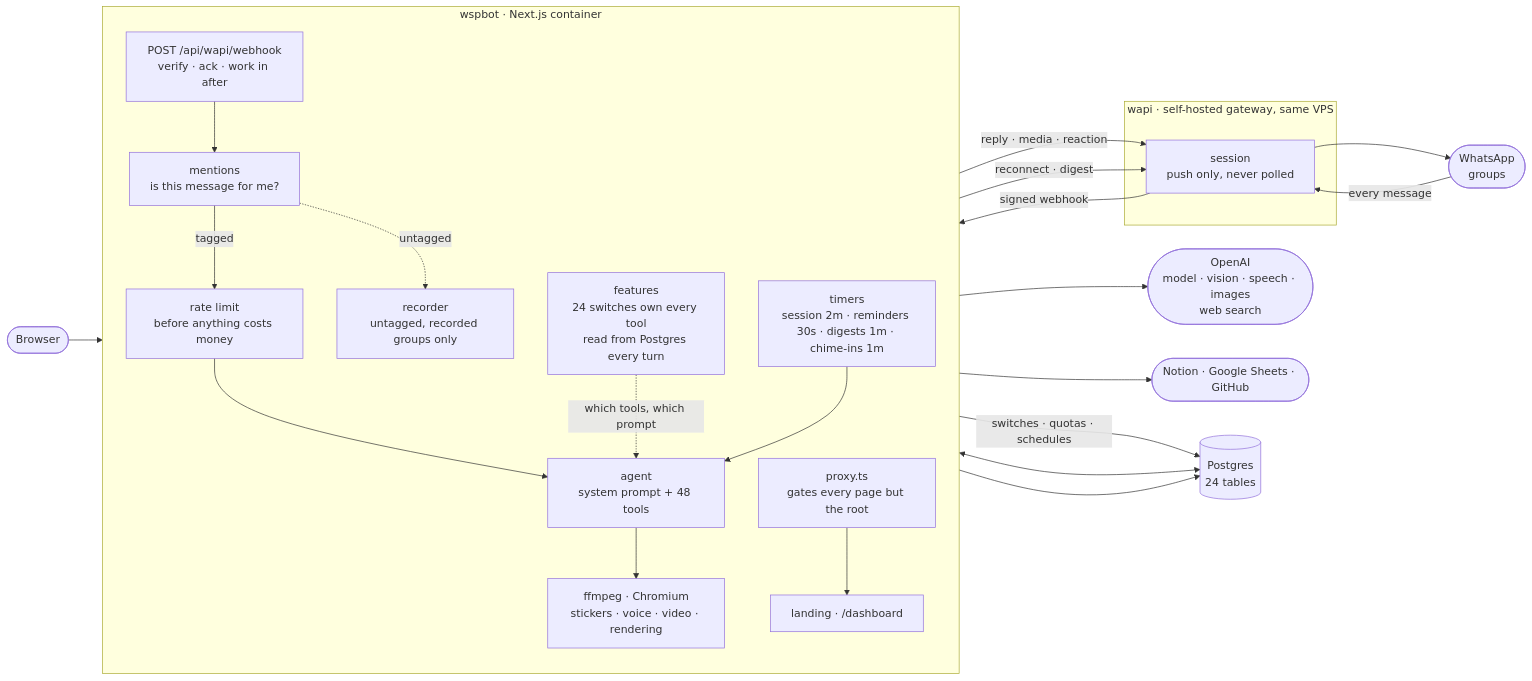
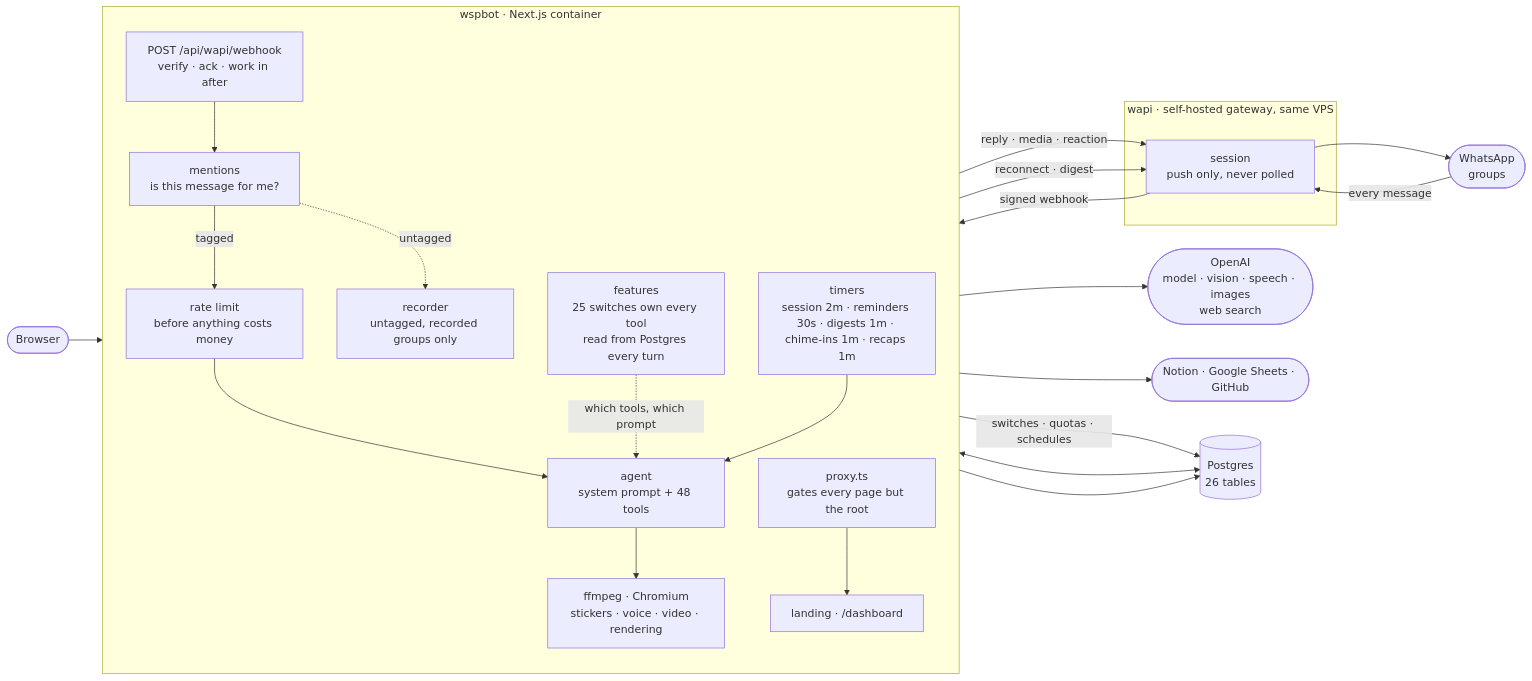
One commit to S-kkipie/wspbot changed the first of 2 diagrams in README.md. Above: the diagram before and after it, drawn with Mermaid. The commit also changed other lines of this file and 3 other files, not shown here.

````diff
--- a/README.md
+++ b/README.md
@@ -67,47 +67,47 @@
 ```mermaid
 flowchart LR
     WA(["WhatsApp<br/>groups"])
     BROWSER(["Browser"])
     OPENAI(["OpenAI<br/>model · vision · speech · images<br/>web search"])
     EXT(["Notion · Google Sheets · GitHub"])
 
     subgraph gw["wapi · self-hosted gateway, same VPS"]
         SESSION["session<br/>push only, never polled"]
     end
 
     subgraph app["wspbot · Next.js container"]
         direction TB
         HOOK["POST /api/wapi/webhook<br/>verify · ack · work in after"]
         GATE["mentions<br/>is this message for me?"]
         LIMIT["rate limit<br/>before anything costs money"]
         REC["recorder<br/>untagged, recorded groups only"]
         AGENT["agent<br/>system prompt + 48 tools"]
-        TIMERS["timers<br/>session 2m · reminders 30s · digests 1m · chime-ins 1m"]
-        FEAT["features<br/>24 switches own every tool<br/>read from Postgres every turn"]
+        TIMERS["timers<br/>session 2m · reminders 30s · digests 1m · chime-ins 1m · recaps 1m"]
+        FEAT["features<br/>25 switches own every tool<br/>read from Postgres every turn"]
         FF["ffmpeg · Chromium<br/>stickers · voice · video · rendering"]
         PROXY["proxy.ts<br/>gates every page but the root"]
         PAGES["landing · /dashboard"]
     end
 
-    PG[("Postgres<br/>24 tables")]
+    PG[("Postgres<br/>26 tables")]
 
     WA -->|"every message"| SESSION
     SESSION -->|"signed webhook"| HOOK
     HOOK --> GATE
     GATE -->|"tagged"| LIMIT
     GATE -.->|"untagged"| REC
     LIMIT --> AGENT
     FEAT -.->|"which tools, which prompt"| AGENT
     AGENT --> OPENAI
     AGENT --> FF
     AGENT --> EXT
     AGENT -->|"reply · media · reaction"| SESSION
     SESSION --> WA
 
     BROWSER --> PROXY --> PAGES
     PAGES -->|"switches · quotas · schedules"| PG
     AGENT <--> PG
     REC --> PG
     TIMERS --> AGENT
     TIMERS -->|"reconnect · digest"| SESSION
 ```
````
